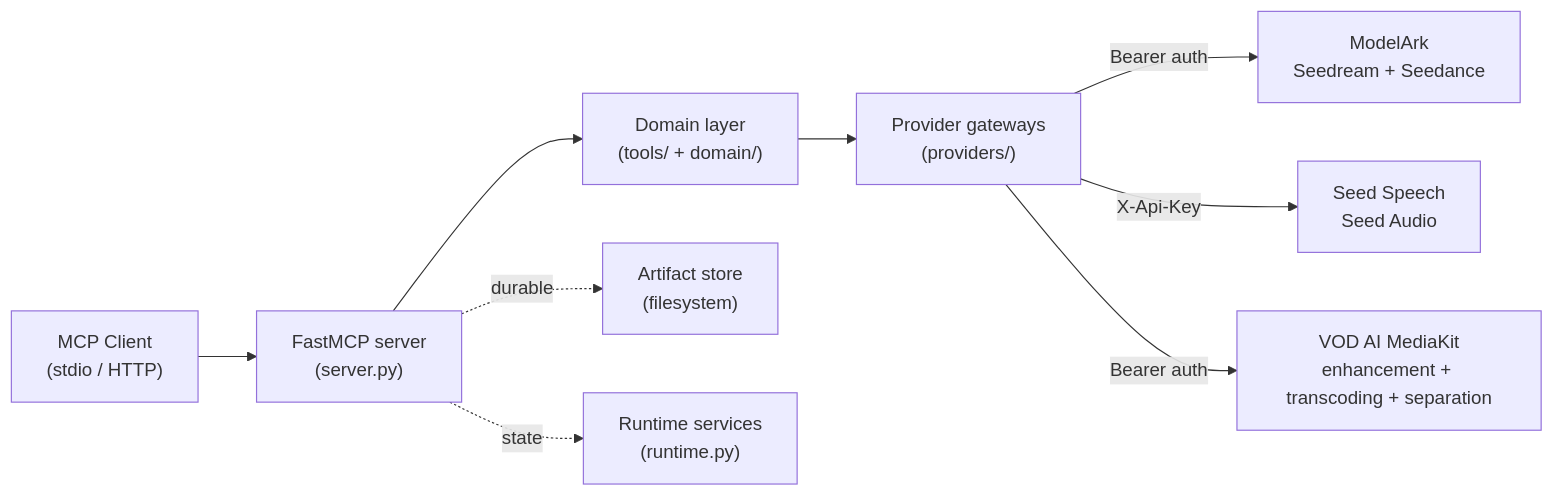
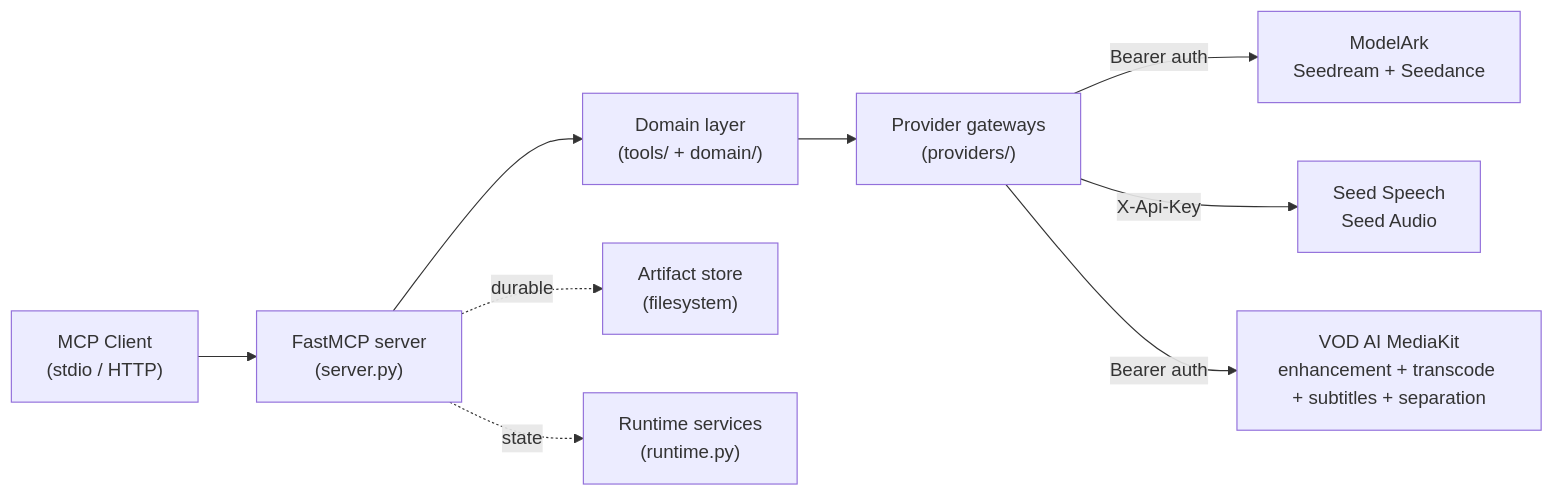
The first of 3 diagrams in docs/architecture.md (byteplus-sa/modelark-mcp), drawn with Mermaid before and after one commit. The commit also changed other lines of this file and 34 other files, not shown here.

Commit message:
feat: add MediaKit subtitle tools

````diff
--- a/docs/architecture.md
+++ b/docs/architecture.md
@@ -57,11 +57,11 @@
 ```mermaid
 flowchart LR
     Client["MCP Client\n(stdio / HTTP)"] --> Server["FastMCP server\n(server.py)"]
     Server --> Domain["Domain layer\n(tools/ + domain/)"]
     Domain --> Gateway["Provider gateways\n(providers/)"]
     Gateway -->|"Bearer auth"| ModelArk["ModelArk\nSeedream + Seedance"]
     Gateway -->|"X-Api-Key"| SeedSpeech["Seed Speech\nSeed Audio"]
-    Gateway -->|"Bearer auth"| MediaKit["VOD AI MediaKit\nenhancement + transcoding + separation"]
+    Gateway -->|"Bearer auth"| MediaKit["VOD AI MediaKit\nenhancement + transcode + subtitles + separation"]
     Server -.durable.-> Store["Artifact store\n(filesystem)"]
     Server -.state.-> Runtime["Runtime services\n(runtime.py)"]
 ```
````
